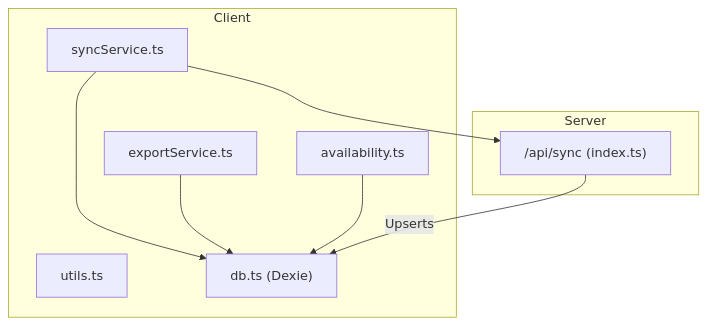
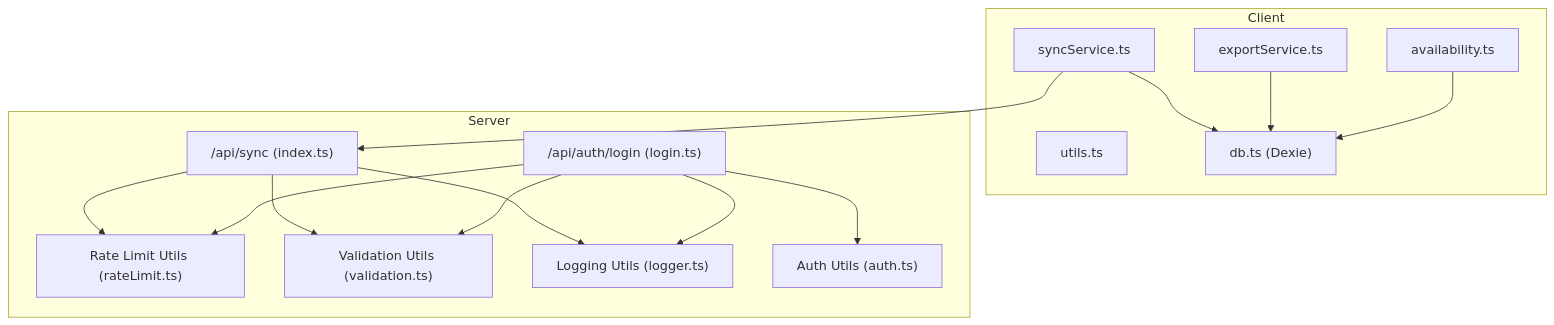
Before and after one commit to riod94/ngepos: the first of 9 diagrams in .qoder/repowiki/en/content/Utility Libraries/Utility Libraries.md, drawn with Mermaid. The commit also changed other lines of this file and 51 other files, not shown here.

````diff
--- a/.qoder/repowiki/en/content/Utility Libraries/Utility Libraries.md
+++ b/.qoder/repowiki/en/content/Utility Libraries/Utility Libraries.md
@@ -37,18 +55,29 @@
 ```mermaid
 graph TB
 subgraph "Client"
 A["syncService.ts"]
 B["exportService.ts"]
 C["availability.ts"]
 D["utils.ts"]
 E["db.ts (Dexie)"]
 end
 subgraph "Server"
 F["/api/sync (index.ts)"]
+G["/api/auth/login (login.ts)"]
+H["Rate Limit Utils (rateLimit.ts)"]
+I["Validation Utils (validation.ts)"]
+J["Logging Utils (logger.ts)"]
+K["Auth Utils (auth.ts)"]
 end
 A --> E
 B --> E
 C --> E
 A --> F
-F --> |"Upserts"| E
+F --> H
+F --> I
+F --> J
+G --> H
+G --> I
+G --> J
+G --> K
 ```
````
